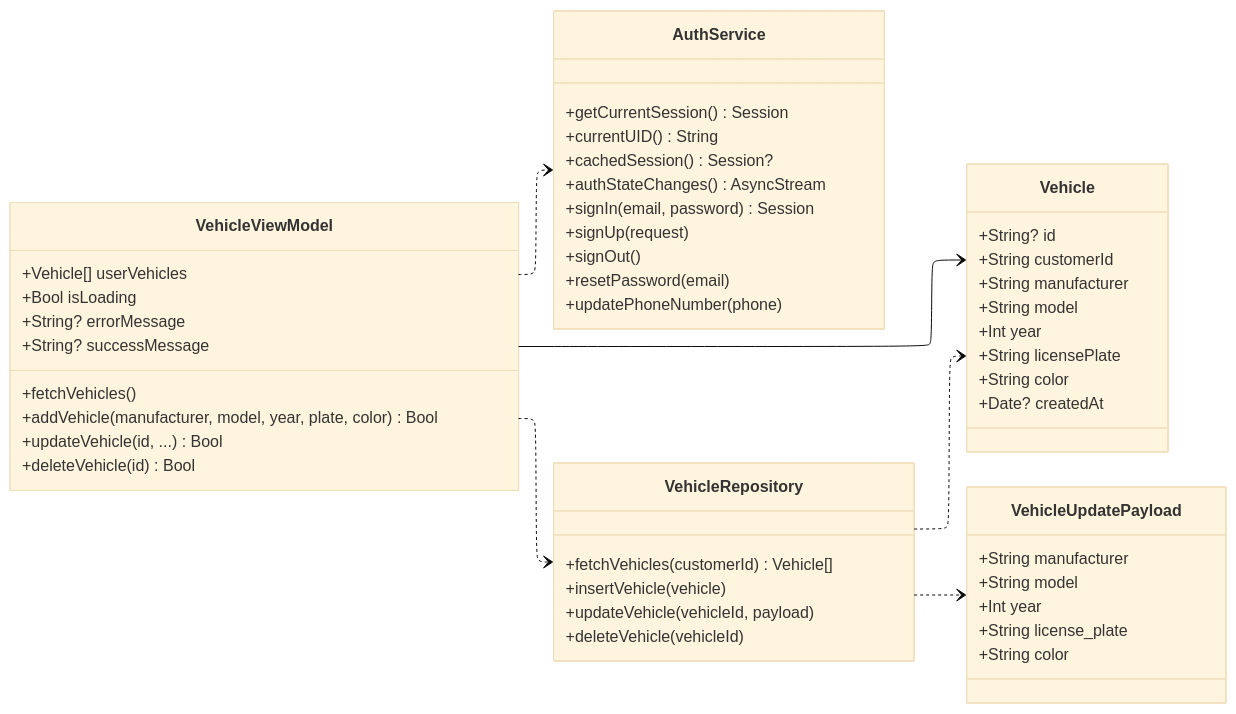
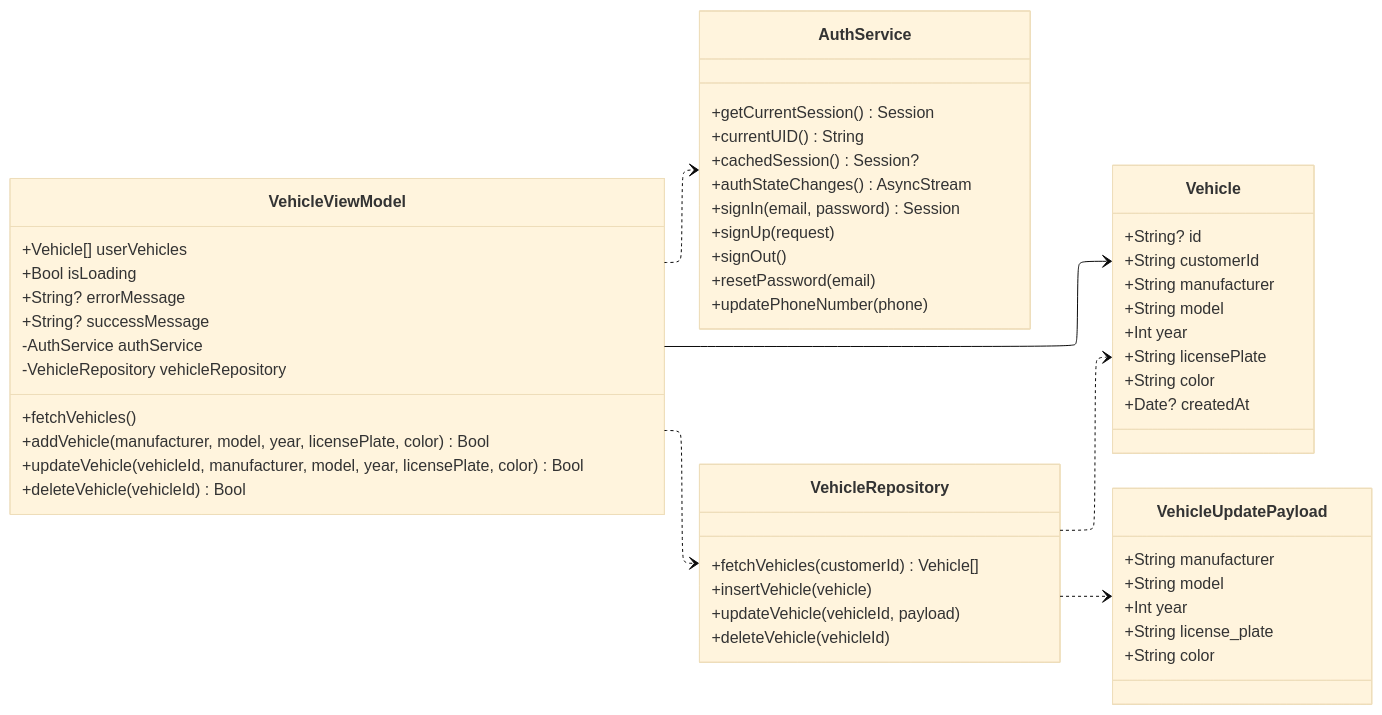
One commit to rei-soemanto/BengkelIn_SE changed the third of 12 diagrams in diagram/feature-class-diagrams.md. Above: the diagram before and after it, drawn with Mermaid (base theme). The commit also changed other lines of this file and 17 other files, not shown here.

Commit message:
more accurate class diagram

````diff
--- a/diagram/feature-class-diagrams.md
+++ b/diagram/feature-class-diagrams.md
@@ -194,63 +202,65 @@
 ```mermaid
 ---
 config:
   layout: elk
   elk:
     nodePlacementStrategy: LINEAR_SEGMENTS
     mergeEdges: false
 ---
 classDiagram
     direction LR
 
     class AuthService {
         +getCurrentSession() Session
         +currentUID() String
         +cachedSession() Session?
         +authStateChanges() AsyncStream
         +signIn(email, password) Session
         +signUp(request)
         +signOut()
         +resetPassword(email)
         +updatePhoneNumber(phone)
     }
     class VehicleRepository {
         +fetchVehicles(customerId) Vehicle[]
         +insertVehicle(vehicle)
         +updateVehicle(vehicleId, payload)
         +deleteVehicle(vehicleId)
     }
     class VehicleViewModel {
         +Vehicle[] userVehicles
         +Bool isLoading
         +String? errorMessage
         +String? successMessage
+        -AuthService authService
+        -VehicleRepository vehicleRepository
         +fetchVehicles()
-        +addVehicle(manufacturer, model, year, plate, color) Bool
-        +updateVehicle(id, ...) Bool
-        +deleteVehicle(id) Bool
+        +addVehicle(manufacturer, model, year, licensePlate, color) Bool
+        +updateVehicle(vehicleId, manufacturer, model, year, licensePlate, color) Bool
+        +deleteVehicle(vehicleId) Bool
     }
     class Vehicle {
         +String? id
         +String customerId
         +String manufacturer
         +String model
         +Int year
         +String licensePlate
         +String color
         +Date? createdAt
     }
     class VehicleUpdatePayload {
         +String manufacturer
         +String model
         +Int year
         +String license_plate
         +String color
     }
 
     VehicleViewModel ..> AuthService
     VehicleViewModel ..> VehicleRepository
     VehicleViewModel --> Vehicle
     VehicleRepository ..> Vehicle
     VehicleRepository ..> VehicleUpdatePayload
 
 ```
````
